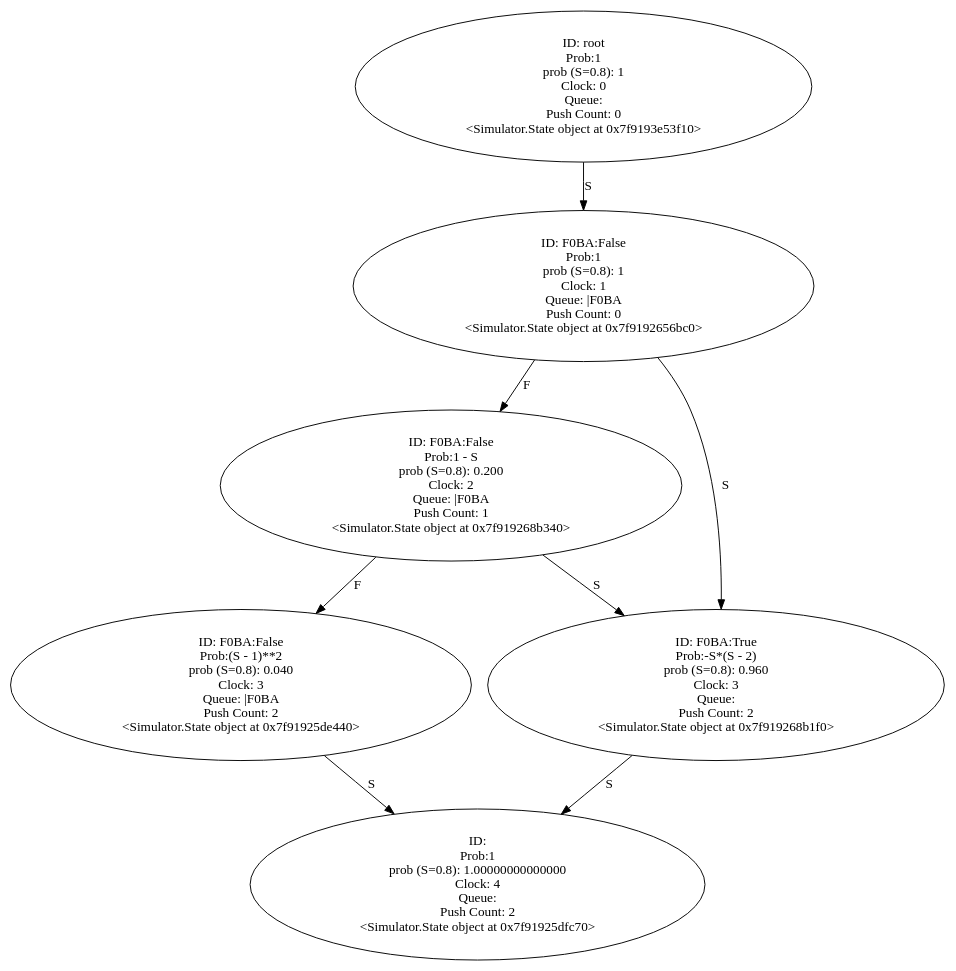
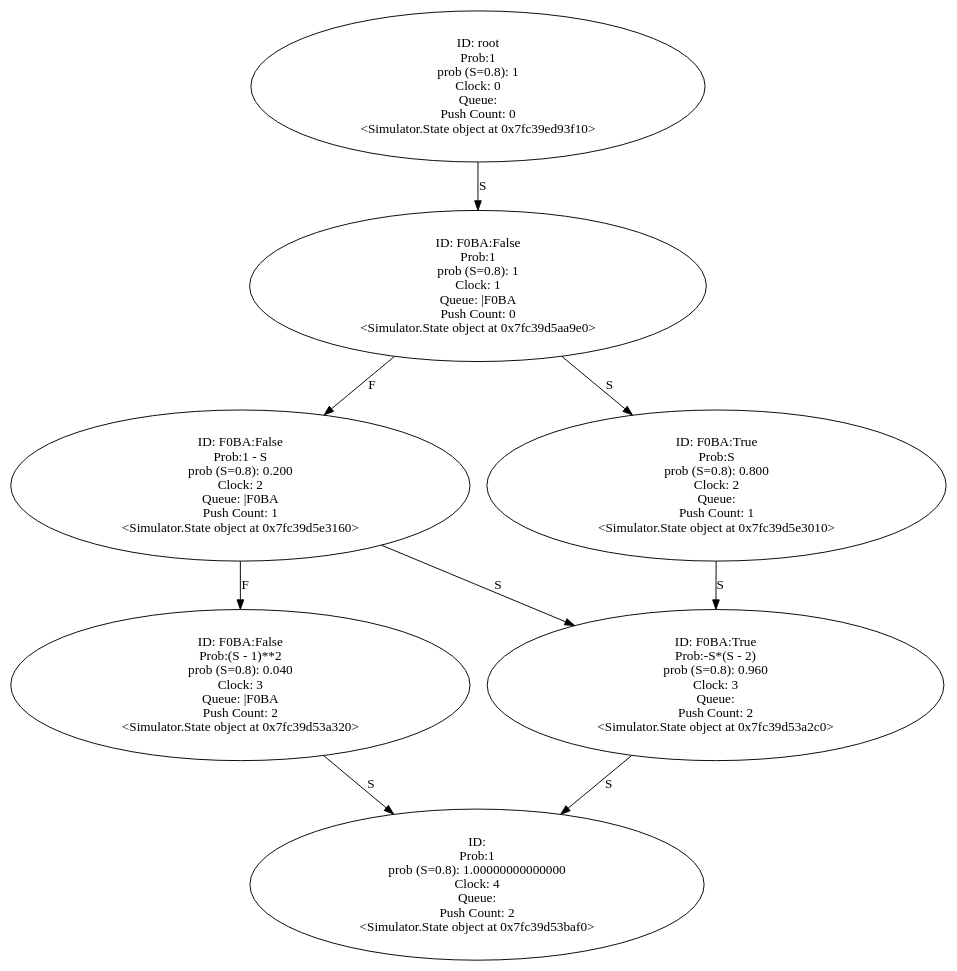
Before and after one commit to YasinBoloorchi/WARP-Simulator: the diagram in Output/two_pulls.wrp.gv, drawn with Graphviz. The commit also changed 26 other files, not shown here.

```diff
--- a/Output/two_pulls.wrp.gv
+++ b/Output/two_pulls.wrp.gv
@@ -1,51 +1,59 @@
 digraph "./Output/two_pulls.wrp" {
-	<Simulator.State object at 0x7f9193e53f10> [label="ID: root
+	<Simulator.State object at 0x7fc39ed93f10> [label="ID: root
 Prob:1
 prob (S=0.8): 1
 Clock: 0
 Queue: 
 Push Count: 0
-<Simulator.State object at 0x7f9193e53f10>"]
-	<Simulator.State object at 0x7f9193e53f10> -> <Simulator.State object at 0x7f9192656bc0> [label=S]
-	<Simulator.State object at 0x7f9192656bc0> [label="ID: F0BA:False
+<Simulator.State object at 0x7fc39ed93f10>"]
+	<Simulator.State object at 0x7fc39ed93f10> -> <Simulator.State object at 0x7fc39d5aa9e0> [label=S]
+	<Simulator.State object at 0x7fc39d5aa9e0> [label="ID: F0BA:False
 Prob:1
 prob (S=0.8): 1
 Clock: 1
 Queue: |F0BA
 Push Count: 0
-<Simulator.State object at 0x7f9192656bc0>"]
-	<Simulator.State object at 0x7f9192656bc0> -> <Simulator.State object at 0x7f919268b340> [label=F]
-	<Simulator.State object at 0x7f9192656bc0> -> <Simulator.State object at 0x7f919268b1f0> [label=S]
-	<Simulator.State object at 0x7f919268b340> [label="ID: F0BA:False
+<Simulator.State object at 0x7fc39d5aa9e0>"]
+	<Simulator.State object at 0x7fc39d5aa9e0> -> <Simulator.State object at 0x7fc39d5e3160> [label=F]
+	<Simulator.State object at 0x7fc39d5aa9e0> -> <Simulator.State object at 0x7fc39d5e3010> [label=S]
+	<Simulator.State object at 0x7fc39d5e3160> [label="ID: F0BA:False
 Prob:1 - S
 prob (S=0.8): 0.200
 Clock: 2
 Queue: |F0BA
 Push Count: 1
-<Simulator.State object at 0x7f919268b340>"]
-	<Simulator.State object at 0x7f919268b340> -> <Simulator.State object at 0x7f91925de440> [label=F]
-	<Simulator.State object at 0x7f919268b340> -> <Simulator.State object at 0x7f919268b1f0> [label=S]
-	<Simulator.State object at 0x7f919268b1f0> [label="ID: F0BA:True
+<Simulator.State object at 0x7fc39d5e3160>"]
+	<Simulator.State object at 0x7fc39d5e3160> -> <Simulator.State object at 0x7fc39d53a320> [label=F]
+	<Simulator.State object at 0x7fc39d5e3160> -> <Simulator.State object at 0x7fc39d53a2c0> [label=S]
+	<Simulator.State object at 0x7fc39d5e3010> [label="ID: F0BA:True
+Prob:S
+prob (S=0.8): 0.800
+Clock: 2
+Queue: 
+Push Count: 1
+<Simulator.State object at 0x7fc39d5e3010>"]
+	<Simulator.State object at 0x7fc39d5e3010> -> <Simulator.State object at 0x7fc39d53a2c0> [label=S]
+	<Simulator.State object at 0x7fc39d53a320> [label="ID: F0BA:False
+Prob:(S - 1)**2
+prob (S=0.8): 0.040
+Clock: 3
+Queue: |F0BA
+Push Count: 2
+<Simulator.State object at 0x7fc39d53a320>"]
+	<Simulator.State object at 0x7fc39d53a320> -> <Simulator.State object at 0x7fc39d53baf0> [label=S]
+	<Simulator.State object at 0x7fc39d53a2c0> [label="ID: F0BA:True
 Prob:-S*(S - 2)
 prob (S=0.8): 0.960
 Clock: 3
 Queue: 
 Push Count: 2
-<Simulator.State object at 0x7f919268b1f0>"]
-	<Simulator.State object at 0x7f919268b1f0> -> <Simulator.State object at 0x7f91925dfc70> [label=S]
-	<Simulator.State object at 0x7f91925de440> [label="ID: F0BA:False
-Prob:(S - 1)**2
-prob (S=0.8): 0.040
-Clock: 3
-Queue: |F0BA
-Push Count: 2
-<Simulator.State object at 0x7f91925de440>"]
-	<Simulator.State object at 0x7f91925de440> -> <Simulator.State object at 0x7f91925dfc70> [label=S]
-	<Simulator.State object at 0x7f91925dfc70> [label="ID: 
+<Simulator.State object at 0x7fc39d53a2c0>"]
+	<Simulator.State object at 0x7fc39d53a2c0> -> <Simulator.State object at 0x7fc39d53baf0> [label=S]
+	<Simulator.State object at 0x7fc39d53baf0> [label="ID: 
 Prob:1
 prob (S=0.8): 1.00000000000000
 Clock: 4
 Queue: 
 Push Count: 2
-<Simulator.State object at 0x7f91925dfc70>"]
+<Simulator.State object at 0x7fc39d53baf0>"]
 }
```
